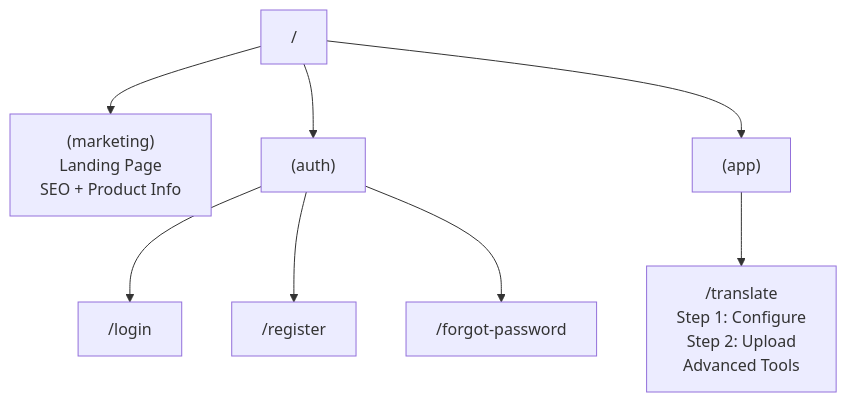
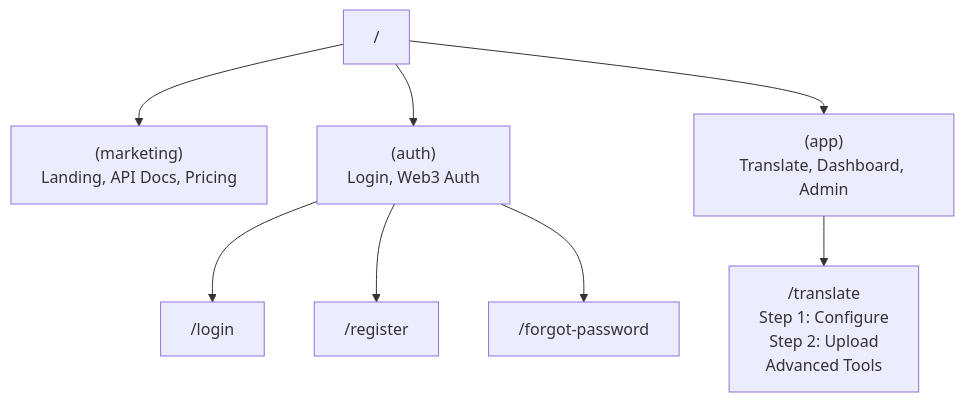
The third of 10 diagrams in docs/architecture.md (vnknowledge2014/file_translated_app), drawn with Mermaid before and after one commit. The commit also changed other lines of this file and 3 other files, not shown here.

````diff
--- a/docs/architecture.md
+++ b/docs/architecture.md
@@ -106,12 +110,12 @@
 ```mermaid
 graph TD
-    ROOT["/"] --> MARKETING["(marketing)<br/>Landing Page<br/>SEO + Product Info"]
-    ROOT --> AUTH_GROUP["(auth)"]
-    ROOT --> APP_GROUP["(app)"]
+    ROOT["/"] --> MARKETING["(marketing)<br/>Landing, API Docs, Pricing"]
+    ROOT --> AUTH_GROUP["(auth)<br/>Login, Web3 Auth"]
+    ROOT --> APP_GROUP["(app)<br/>Translate, Dashboard, Admin"]
     
     AUTH_GROUP --> LOGIN["/login"]
     AUTH_GROUP --> REGISTER["/register"]
     AUTH_GROUP --> FORGOT["/forgot-password"]
     
     APP_GROUP --> TRANSLATE["/translate<br/>Step 1: Configure<br/>Step 2: Upload<br/>Advanced Tools"]
 ```
````
